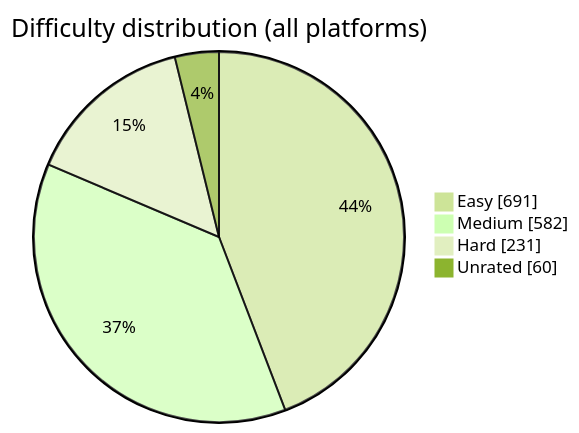
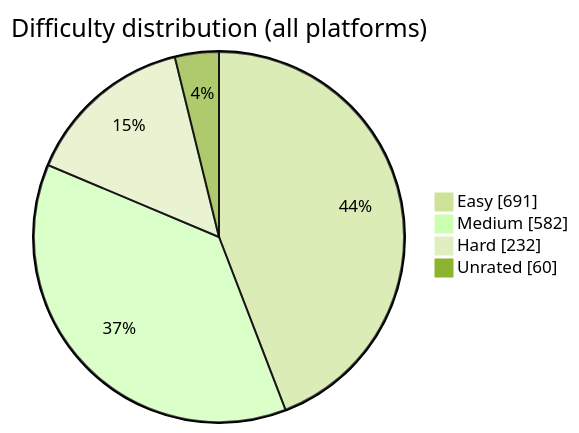
One commit to BuildbyArindam/Daily-Coding-Log changed the diagram in README.md. Above: the diagram before and after it, drawn with Mermaid (forest theme). The commit also changed other lines of this file, not shown here.

````diff
--- a/README.md
+++ b/README.md
@@ -93,7 +93,7 @@
 ```mermaid
 pie showData title Difficulty distribution (all platforms)
     "Easy" : 691
     "Medium" : 582
-    "Hard" : 231
+    "Hard" : 232
     "Unrated" : 60
 ```
````
